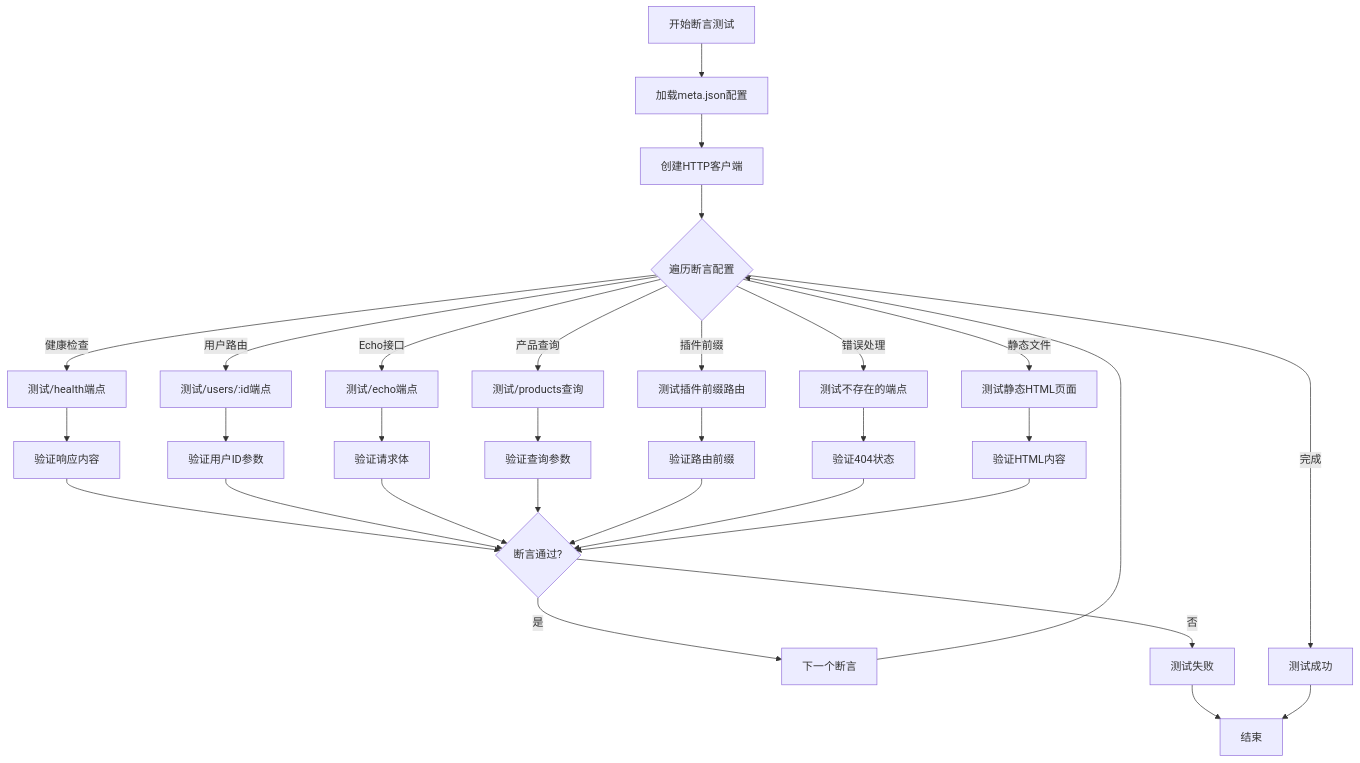
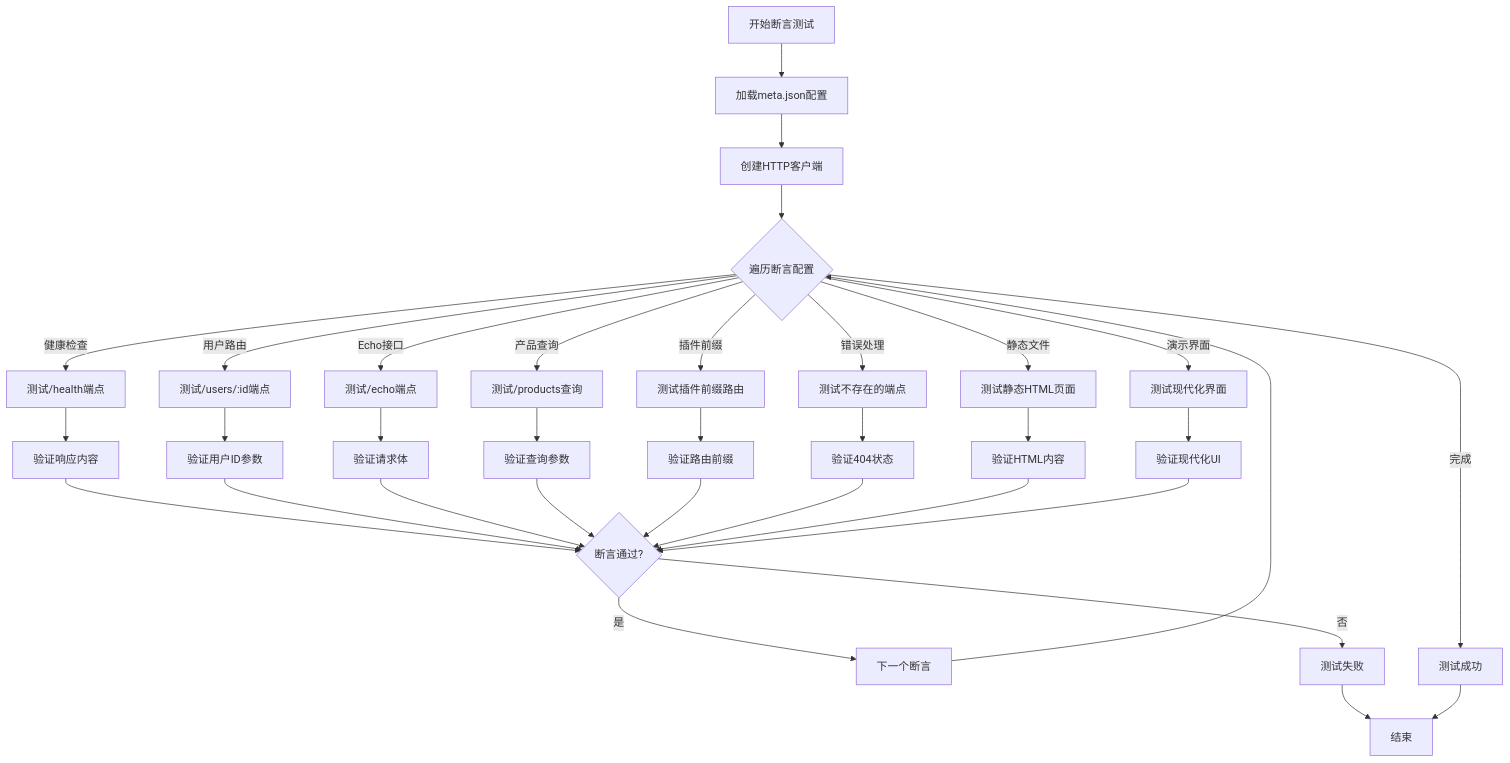
One commit to esa-sp/test-for-aone-ci changed diagram 11 of 16 in .qoder/repowiki/zh/content/后端框架测试/Fastify高性能框架测试.md. Above: the diagram before and after it, drawn with Mermaid. The commit also changed other lines of this file and 39 other files, not shown here.

````diff
--- a/.qoder/repowiki/zh/content/后端框架测试/Fastify高性能框架测试.md
+++ b/.qoder/repowiki/zh/content/后端框架测试/Fastify高性能框架测试.md
@@ -365,33 +464,36 @@
 ```mermaid
 flowchart TD
 Start[开始断言测试] --> LoadConfig[加载meta.json配置]
 LoadConfig --> CreateClient[创建HTTP客户端]
 CreateClient --> LoopRoutes{遍历断言配置}
 LoopRoutes --> |健康检查| HealthTest[测试/health端点]
 LoopRoutes --> |用户路由| UserTest[测试/users/:id端点]
 LoopRoutes --> |Echo接口| EchoTest[测试/echo端点]
 LoopRoutes --> |产品查询| ProductTest[测试/products查询]
 LoopRoutes --> |插件前缀| PrefixTest[测试插件前缀路由]
 LoopRoutes --> |错误处理| ErrorTest[测试不存在的端点]
 LoopRoutes --> |静态文件| StaticTest[测试静态HTML页面]
+LoopRoutes --> |演示界面| DemoTest[测试现代化界面]
 HealthTest --> VerifyHealth[验证响应内容]
 UserTest --> VerifyUser[验证用户ID参数]
 EchoTest --> VerifyBody[验证请求体]
 ProductTest --> VerifyQuery[验证查询参数]
 PrefixTest --> VerifyPrefix[验证路由前缀]
 ErrorTest --> Verify404[验证404状态]
 StaticTest --> VerifyHTML[验证HTML内容]
+DemoTest --> VerifyModernUI[验证现代化UI]
 VerifyHealth --> CheckResult{断言通过?}
 VerifyUser --> CheckResult
 VerifyBody --> CheckResult
 VerifyQuery --> CheckResult
 VerifyPrefix --> CheckResult
 Verify404 --> CheckResult
 VerifyHTML --> CheckResult
+VerifyModernUI --> CheckResult
 CheckResult --> |是| NextRoute[下一个断言]
 CheckResult --> |否| FailTest[测试失败]
 NextRoute --> LoopRoutes
 LoopRoutes --> |完成| Success[测试成功]
 FailTest --> End[结束]
 Success --> End
 ```
````
